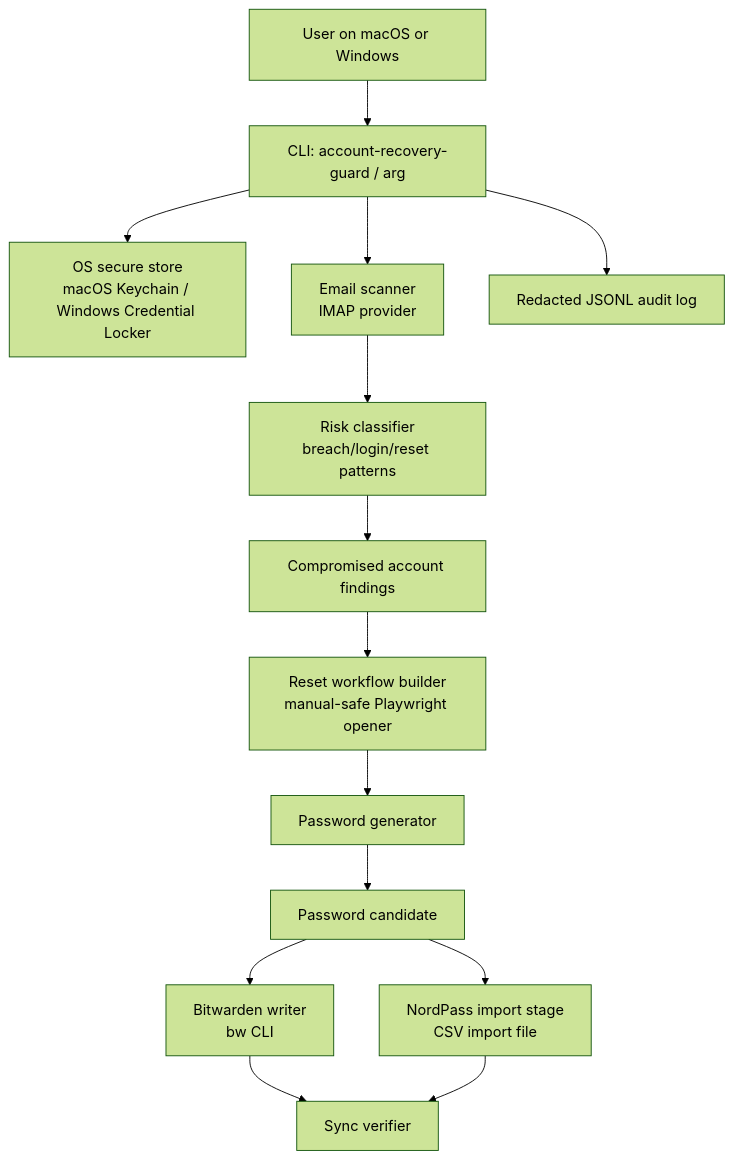
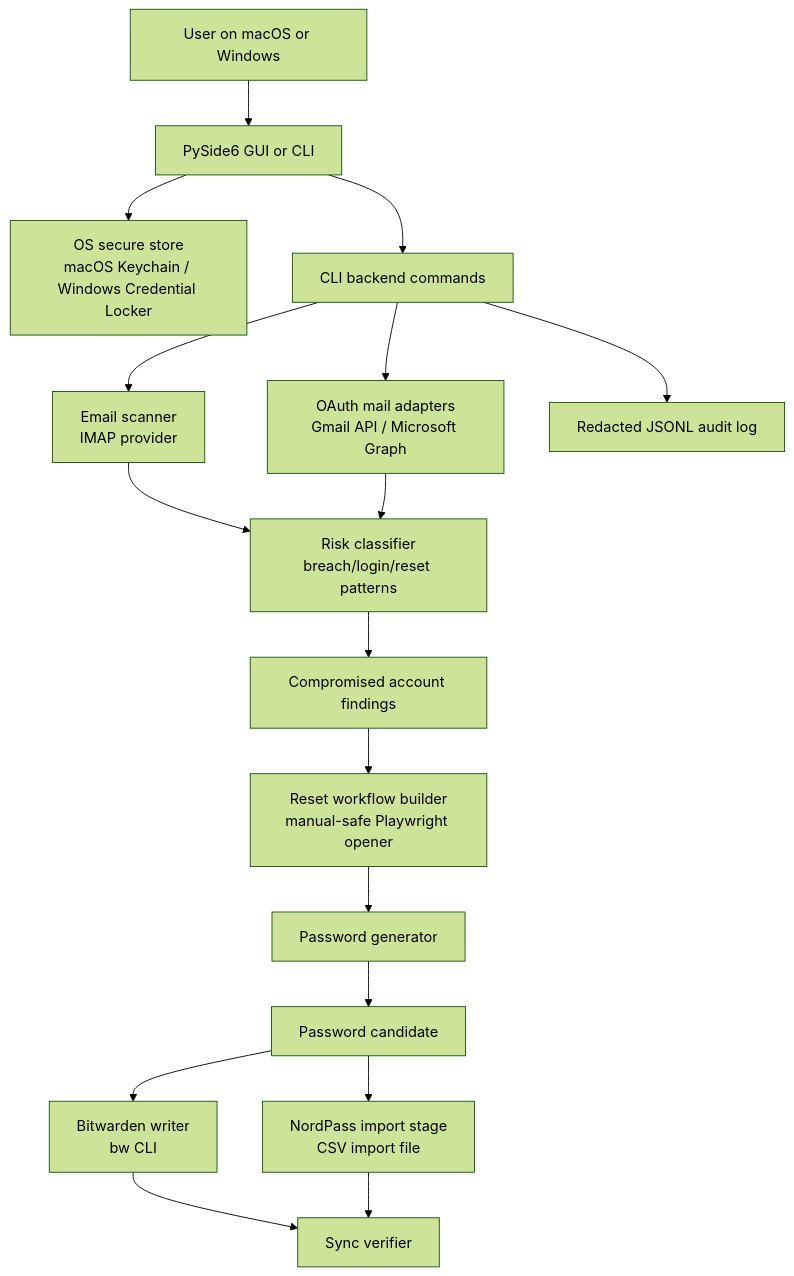
The diagram in account-recovery-guard/README.md (Antman1526/AccountRecoveryGuard), drawn with Mermaid (forest theme) before and after one commit. The commit also changed other lines of this file and 26 other files, not shown here.

Commit message:
Implement desktop account recovery improvements

````diff
--- a/account-recovery-guard/README.md
+++ b/account-recovery-guard/README.md
@@ -22,16 +22,19 @@
 ```mermaid
 flowchart TD
-  User["User on macOS or Windows"] --> CLI["CLI: account-recovery-guard / arg"]
-  CLI --> Keychain["OS secure store\nmacOS Keychain / Windows Credential Locker"]
+  User["User on macOS or Windows"] --> UI["PySide6 GUI or CLI"]
+  UI --> Keychain["OS secure store\nmacOS Keychain / Windows Credential Locker"]
+  UI --> CLI["CLI backend commands"]
   CLI --> Scanner["Email scanner\nIMAP provider"]
+  CLI --> OAuth["OAuth mail adapters\nGmail API / Microsoft Graph"]
   Scanner --> Classifier["Risk classifier\nbreach/login/reset patterns"]
+  OAuth --> Classifier
   Classifier --> Findings["Compromised account findings"]
   Findings --> Reset["Reset workflow builder\nmanual-safe Playwright opener"]
   Reset --> Generator["Password generator"]
   Generator --> Candidate["Password candidate"]
   Candidate --> BW["Bitwarden writer\nbw CLI"]
   Candidate --> NP["NordPass import stage\nCSV import file"]
   BW --> Verify["Sync verifier"]
   NP --> Verify
   CLI --> Audit["Redacted JSONL audit log"]
 ```
````
